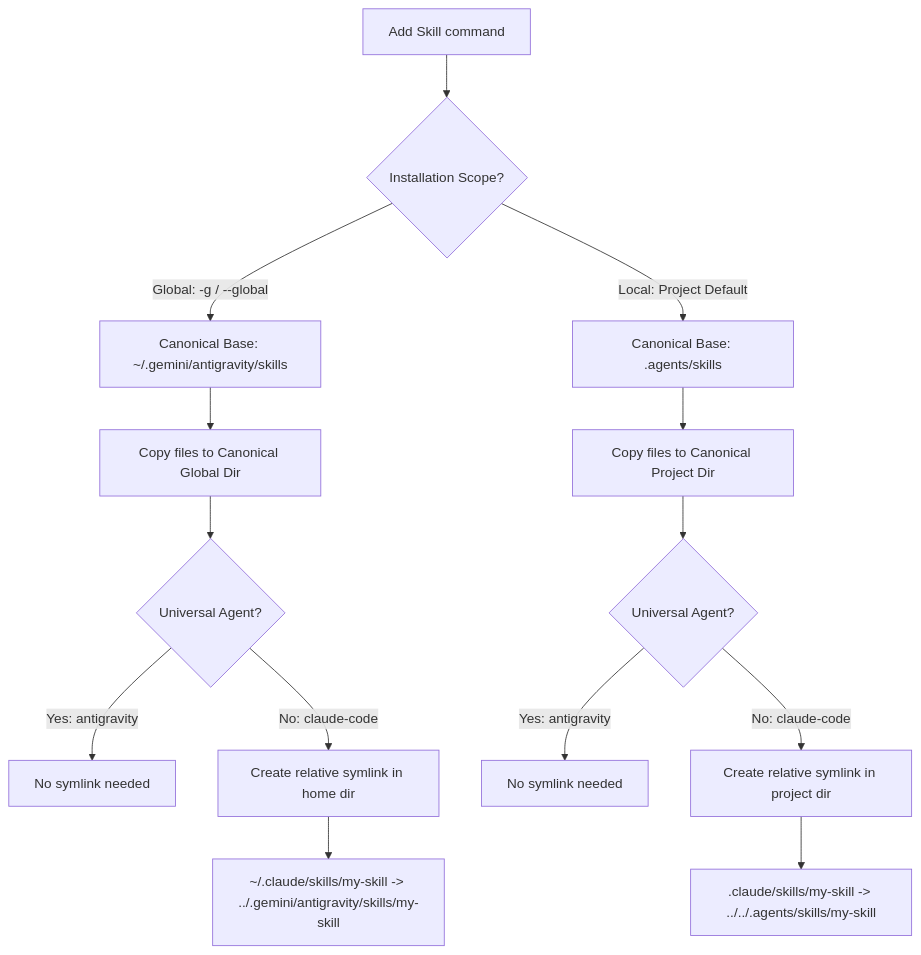
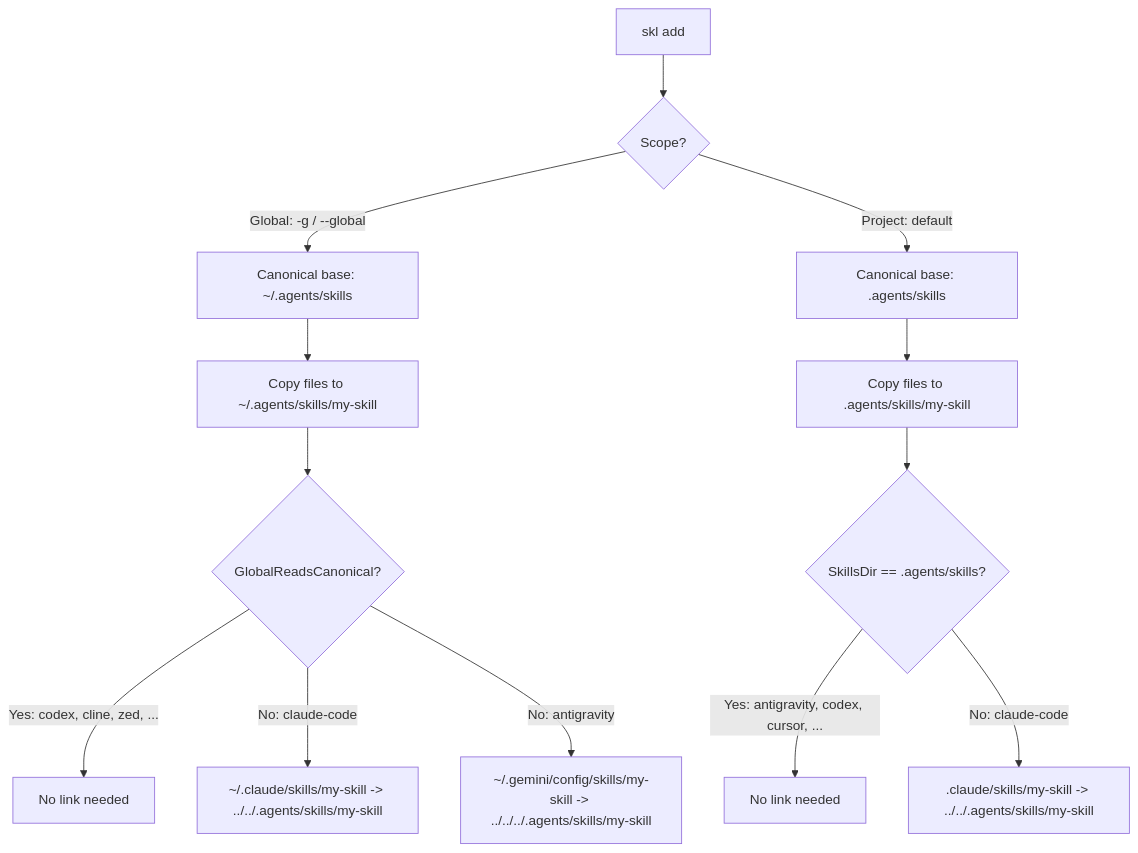
One commit to alexastrum/skl changed the diagram in AGENTS.md. Above: the diagram before and after it, drawn with Mermaid. The commit also changed other lines of this file and 1 other file, not shown here.

First line of the commit message:
docs: update README and AGENTS for skills v1.7.6 parity

````diff
--- a/AGENTS.md
+++ b/AGENTS.md
@@ -29,21 +43,20 @@
 ```mermaid
 graph TD
-    A[Add Skill command] --> B{Installation Scope?}
-    
-    B -->|Global: -g / --global| C1[Canonical Base: ~/.gemini/antigravity/skills]
-    B -->|Local: Project Default| C2[Canonical Base: .agents/skills]
-    
-    C1 --> D1[Copy files to Canonical Global Dir]
-    C2 --> D2[Copy files to Canonical Project Dir]
-    
-    D1 --> E1{Universal Agent?}
-    D2 --> E2{Universal Agent?}
-    
-    E1 -->|Yes: antigravity| F1[No symlink needed]
-    E1 -->|No: claude-code| F2[Create relative symlink in home dir]
-    F2 --> G1[~/.claude/skills/my-skill -> ../.gemini/antigravity/skills/my-skill]
-    
-    E2 -->|Yes: antigravity| H1[No symlink needed]
-    E2 -->|No: claude-code| H2[Create relative symlink in project dir]
-    H2 --> I1[.claude/skills/my-skill -> ../../.agents/skills/my-skill]
+    A[skl add] --> B{Scope?}
+
+    B -->|Global: -g / --global| C1[Canonical base: ~/.agents/skills]
+    B -->|Project: default| C2[Canonical base: .agents/skills]
+
+    C1 --> D1[Copy files to ~/.agents/skills/my-skill]
+    C2 --> D2[Copy files to .agents/skills/my-skill]
+
+    D1 --> E1{"GlobalReadsCanonical?"}
+    D2 --> E2{"SkillsDir == .agents/skills?"}
+
+    E1 -->|Yes: codex, cline, zed, ...| F1[No link needed]
+    E1 -->|No: claude-code| F2["~/.claude/skills/my-skill -> ../../.agents/skills/my-skill"]
+    E1 -->|No: antigravity| F3["~/.gemini/config/skills/my-skill -> ../../../.agents/skills/my-skill"]
+
+    E2 -->|Yes: antigravity, codex, cursor, ...| H1[No link needed]
+    E2 -->|No: claude-code| H2[".claude/skills/my-skill -> ../../.agents/skills/my-skill"]
 ```
````
